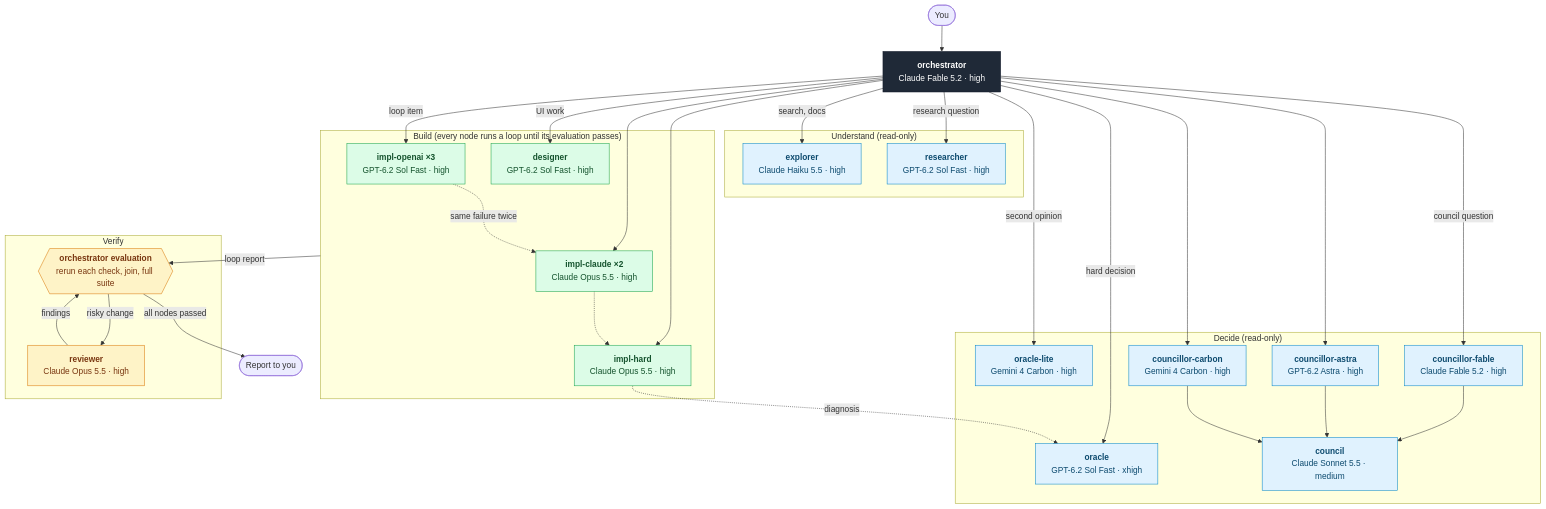
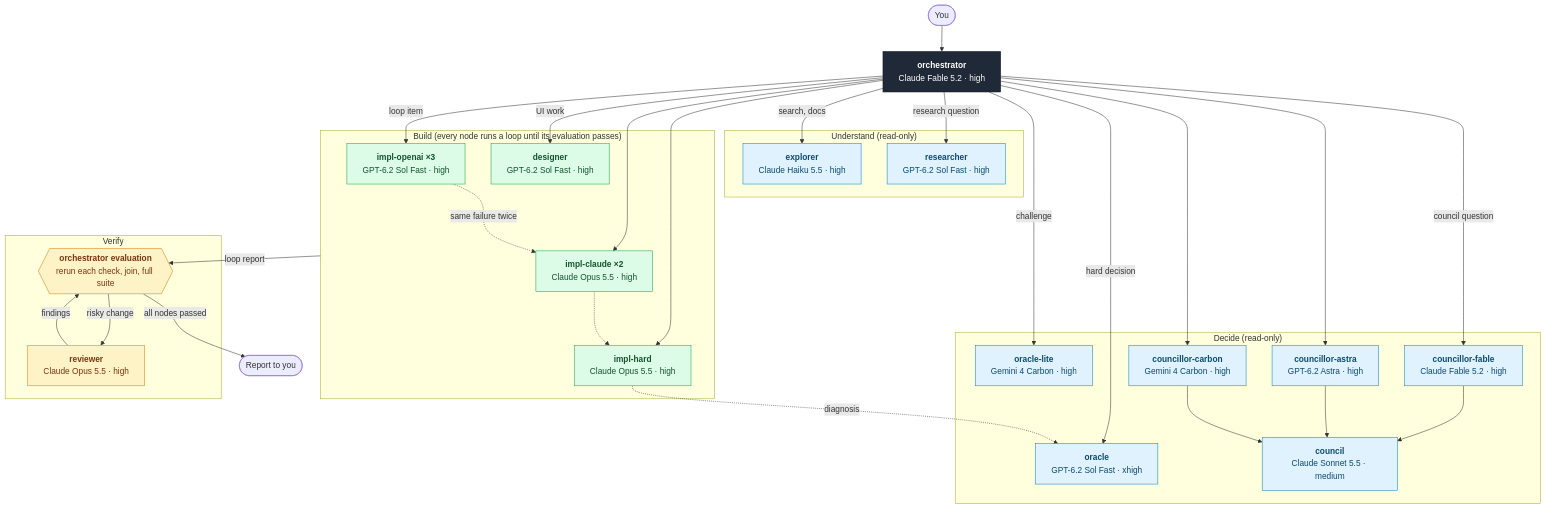
The diagram in agent-graph.md (achitaan/agentgraph), drawn with Mermaid before and after one commit. The commit also changed 16 other files, not shown here.

````diff
--- a/agent-graph.md
+++ b/agent-graph.md
@@ -8,61 +8,61 @@
 ```mermaid
 flowchart TD
   user([You])
   orchestrator["<b>orchestrator</b><br/>Claude Fable 5.2 · high"]
   user --> orchestrator
 
   subgraph understand["Understand (read-only)"]
     explorer["<b>explorer</b><br/>Claude Haiku 5.5 · high"]
     researcher["<b>researcher</b><br/>GPT-6.2 Sol Fast · high"]
   end
   subgraph decide["Decide (read-only)"]
     oracle["<b>oracle</b><br/>GPT-6.2 Sol Fast · xhigh"]
     oracle_lite["<b>oracle-lite</b><br/>Gemini 4 Carbon · high"]
     councillor_fable["<b>councillor-fable</b><br/>Claude Fable 5.2 · high"]
     councillor_astra["<b>councillor-astra</b><br/>GPT-6.2 Astra · high"]
     councillor_carbon["<b>councillor-carbon</b><br/>Gemini 4 Carbon · high"]
     council["<b>council</b><br/>Claude Sonnet 5.5 · medium"]
   end
   subgraph build["Build (every node runs a loop until its evaluation passes)"]
     impl_openai["<b>impl-openai ×3</b><br/>GPT-6.2 Sol Fast · high"]
     impl_claude["<b>impl-claude ×2</b><br/>Claude Opus 5.5 · high"]
     impl_hard["<b>impl-hard</b><br/>Claude Opus 5.5 · high"]
     designer["<b>designer</b><br/>GPT-6.2 Sol Fast · high"]
   end
   subgraph verify["Verify"]
     reviewer["<b>reviewer</b><br/>Claude Opus 5.5 · high"]
     evaluate{{"<b>orchestrator evaluation</b><br/>rerun each check, join, full suite"}}
   end
   done([Report to you])
 
   orchestrator -->|search, docs| explorer
   orchestrator -->|research question| researcher
   orchestrator -->|hard decision| oracle
-  orchestrator -->|second opinion| oracle_lite
+  orchestrator -->|challenge| oracle_lite
   orchestrator -->|council question| councillor_fable
   councillor_fable --> council
   orchestrator --> councillor_astra
   councillor_astra --> council
   orchestrator --> councillor_carbon
   councillor_carbon --> council
   orchestrator -->|loop item| impl_openai
   orchestrator --> impl_claude
   orchestrator --> impl_hard
   orchestrator -->|UI work| designer
   impl_openai -.->|same failure twice| impl_claude
   impl_claude -.-> impl_hard
   impl_hard -.->|diagnosis| oracle
   build -->|loop report| evaluate
   evaluate -->|risky change| reviewer
   reviewer -->|findings| evaluate
   evaluate -->|all nodes passed| done
 
   classDef hub fill:#1f2937,stroke:#111827,color:#ffffff
   classDef read fill:#e0f2fe,stroke:#0284c7,color:#0c4a6e
   classDef write fill:#dcfce7,stroke:#16a34a,color:#14532d
   classDef gate fill:#fef3c7,stroke:#d97706,color:#78350f
   class orchestrator hub
   class explorer,researcher,oracle,oracle_lite,council,councillor_fable,councillor_astra,councillor_carbon read
   class impl_openai,impl_claude,impl_hard,designer write
   class evaluate,reviewer gate
 ```
````
